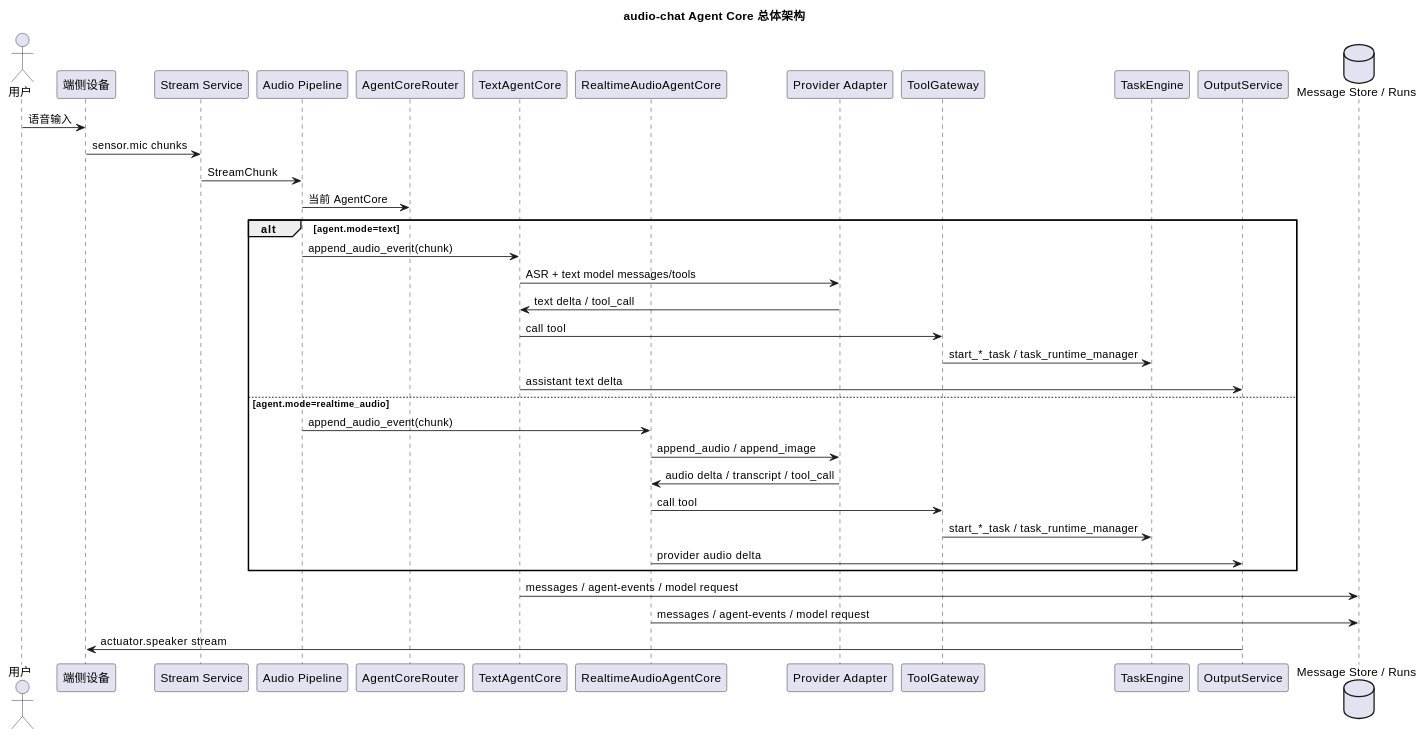
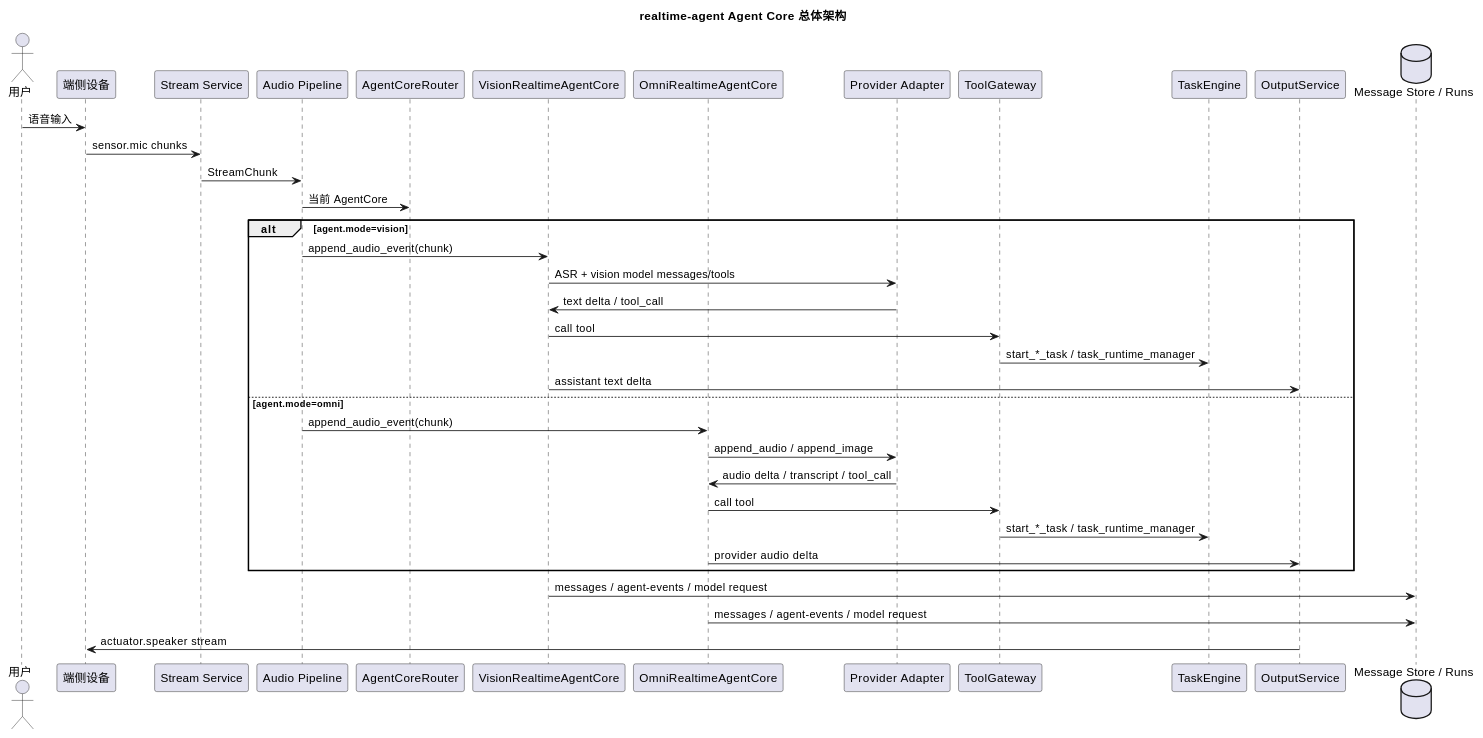
Before and after one commit to HengeLiu/RealtimeAgent: the diagram in audio-server/docs/internal/agent-core-design.md, drawn with PlantUML. The commit also changed other lines of this file and 488 other files, not shown here.

````diff
--- a/audio-server/docs/internal/agent-core-design.md
+++ b/audio-server/docs/internal/agent-core-design.md
@@ -119,43 +119,43 @@
 ```plantuml
 @startuml
-title audio-chat Agent Core 总体架构
+title realtime-agent Agent Core 总体架构
 
 actor "用户" as User
 participant "端侧设备" as Device
 participant "Stream Service" as Stream
 participant "Audio Pipeline" as Audio
 participant "AgentCoreRouter" as Router
-participant "TextAgentCore" as Text
-participant "RealtimeAudioAgentCore" as RT
+participant "VisionRealtimeAgentCore" as Vision
+participant "OmniRealtimeAgentCore" as RT
 participant "Provider Adapter" as Provider
 participant "ToolGateway" as Tools
 participant "TaskEngine" as Tasks
 participant "OutputService" as Output
 database "Message Store / Runs" as Store
 
 User -> Device : 语音输入
 Device -> Stream : sensor.mic chunks
 Stream -> Audio : StreamChunk
 Audio -> Router : 当前 AgentCore
 
-alt agent.mode=text
-  Audio -> Text : append_audio_event(chunk)
-  Text -> Provider : ASR + text model messages/tools
-  Provider -> Text : text delta / tool_call
-  Text -> Tools : call tool
+alt agent.mode=vision
+  Audio -> Vision : append_audio_event(chunk)
+  Vision -> Provider : ASR + vision model messages/tools
+  Provider -> Vision : text delta / tool_call
+  Vision -> Tools : call tool
   Tools -> Tasks : start_*_task / task_runtime_manager
-  Text -> Output : assistant text delta
-else agent.mode=realtime_audio
+  Vision -> Output : assistant text delta
+else agent.mode=omni
   Audio -> RT : append_audio_event(chunk)
   RT -> Provider : append_audio / append_image
   Provider -> RT : audio delta / transcript / tool_call
   RT -> Tools : call tool
   Tools -> Tasks : start_*_task / task_runtime_manager
   RT -> Output : provider audio delta
 end
 
-Text -> Store : messages / agent-events / model request
+Vision -> Store : messages / agent-events / model request
 RT -> Store : messages / agent-events / model request
 Output -> Device : actuator.speaker stream
 @enduml
 ```
````
